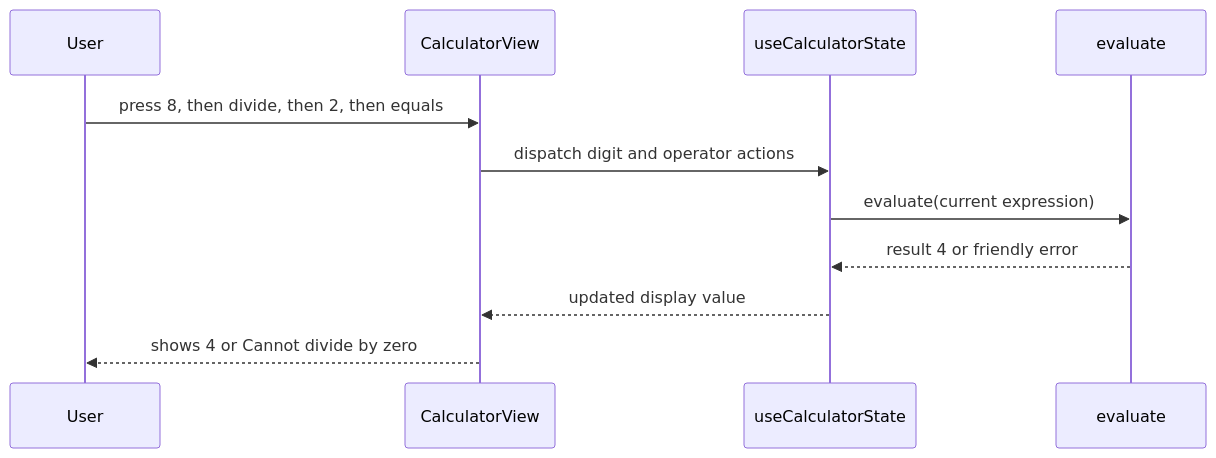
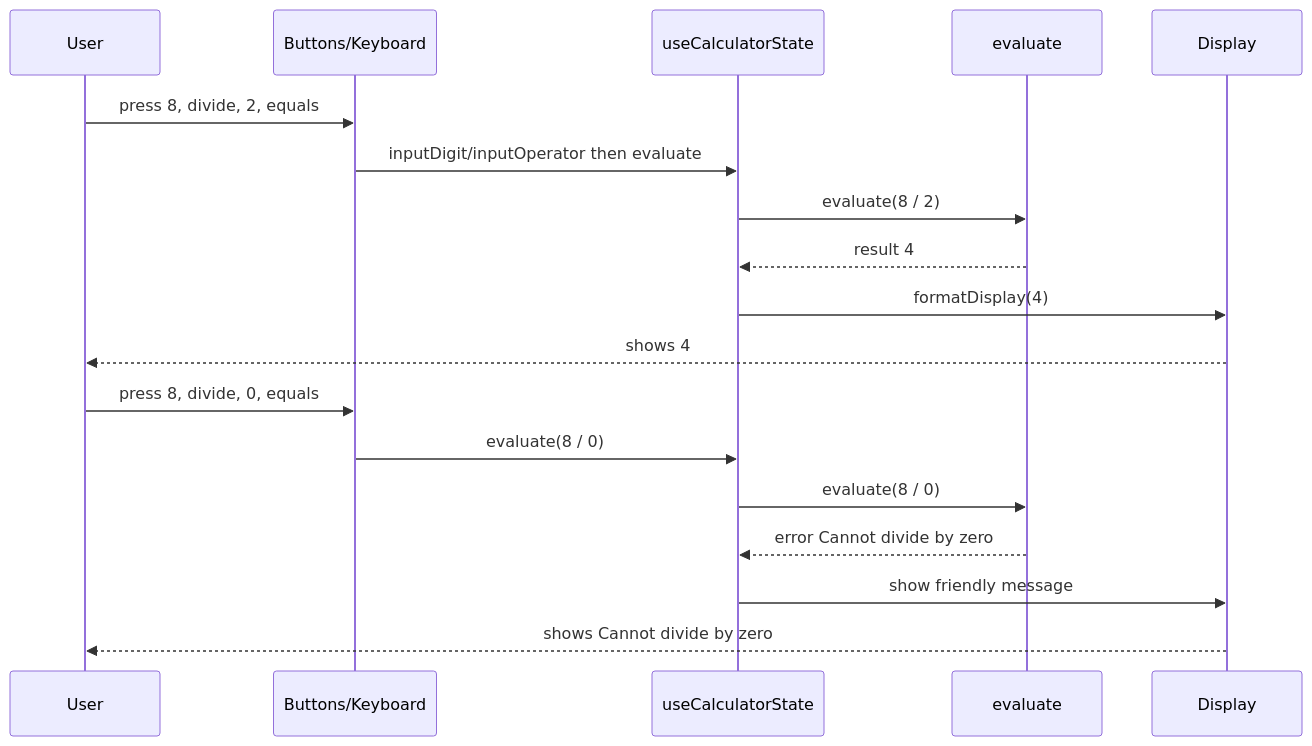
The second of 3 diagrams in docs/sdlc/architecture/README.md (satya1802/calculator9), drawn with Mermaid before and after one commit. The commit also changed other lines of this file and 10 other files, not shown here.

````diff
--- a/docs/sdlc/architecture/README.md
+++ b/docs/sdlc/architecture/README.md
@@ -137,13 +115,20 @@
 ```mermaid
 sequenceDiagram
-  participant User
-  participant View as CalculatorView
-  participant State as useCalculatorState
-  participant Eval as evaluate
-  User->>View: press 8, then divide, then 2, then equals
-  View->>State: dispatch digit and operator actions
-  State->>Eval: evaluate(current expression)
-  Eval-->>State: result 4 or friendly error
-  State-->>View: updated display value
-  View-->>User: shows 4 or Cannot divide by zero
+  participant U as User
+  participant UI as Buttons/Keyboard
+  participant S as useCalculatorState
+  participant E as evaluate
+  participant D as Display
+  U->>UI: press 8, divide, 2, equals
+  UI->>S: inputDigit/inputOperator then evaluate
+  S->>E: evaluate(8 / 2)
+  E-->>S: result 4
+  S->>D: formatDisplay(4)
+  D-->>U: shows 4
+  U->>UI: press 8, divide, 0, equals
+  UI->>S: evaluate(8 / 0)
+  S->>E: evaluate(8 / 0)
+  E-->>S: error Cannot divide by zero
+  S->>D: show friendly message
+  D-->>U: shows Cannot divide by zero
 ```
````
